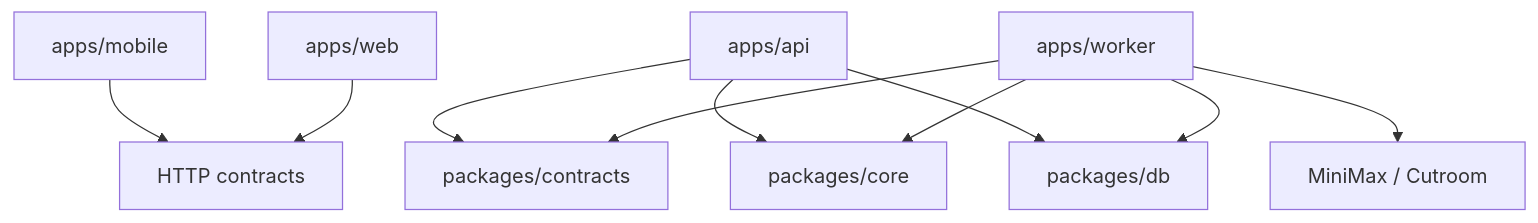
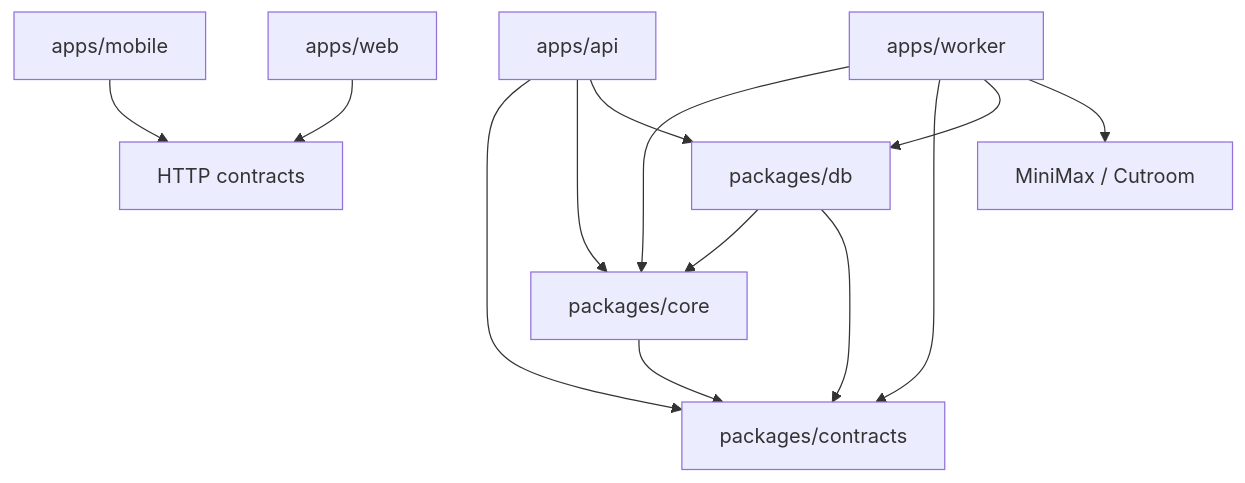
Before and after one commit to KnowScroll/knowscroll: the third of 20 diagrams in docs/flowwalk/knowscroll-codebase-architecture-guide.md, drawn with Mermaid. The commit also changed other lines of this file and 1 other file, not shown here.

First line of the commit message:
docs: bring the FlowWalk architecture guide up to date with the #196 backend layout

````diff
--- a/docs/flowwalk/knowscroll-codebase-architecture-guide.md
+++ b/docs/flowwalk/knowscroll-codebase-architecture-guide.md
@@ -134,12 +136,15 @@
 ```mermaid
 flowchart TD
   Mobile[apps/mobile] --> HTTP[HTTP contracts]
   Web[apps/web] --> HTTP
   API[apps/api] --> Contracts[packages/contracts]
   API --> Core[packages/core]
   API --> DB[packages/db]
   Worker[apps/worker] --> Core
   Worker --> Contracts
   Worker --> DB
   Worker --> External[MiniMax / Cutroom]
+  DB --> Core
+  DB --> Contracts
+  Core --> Contracts
 ```
````
